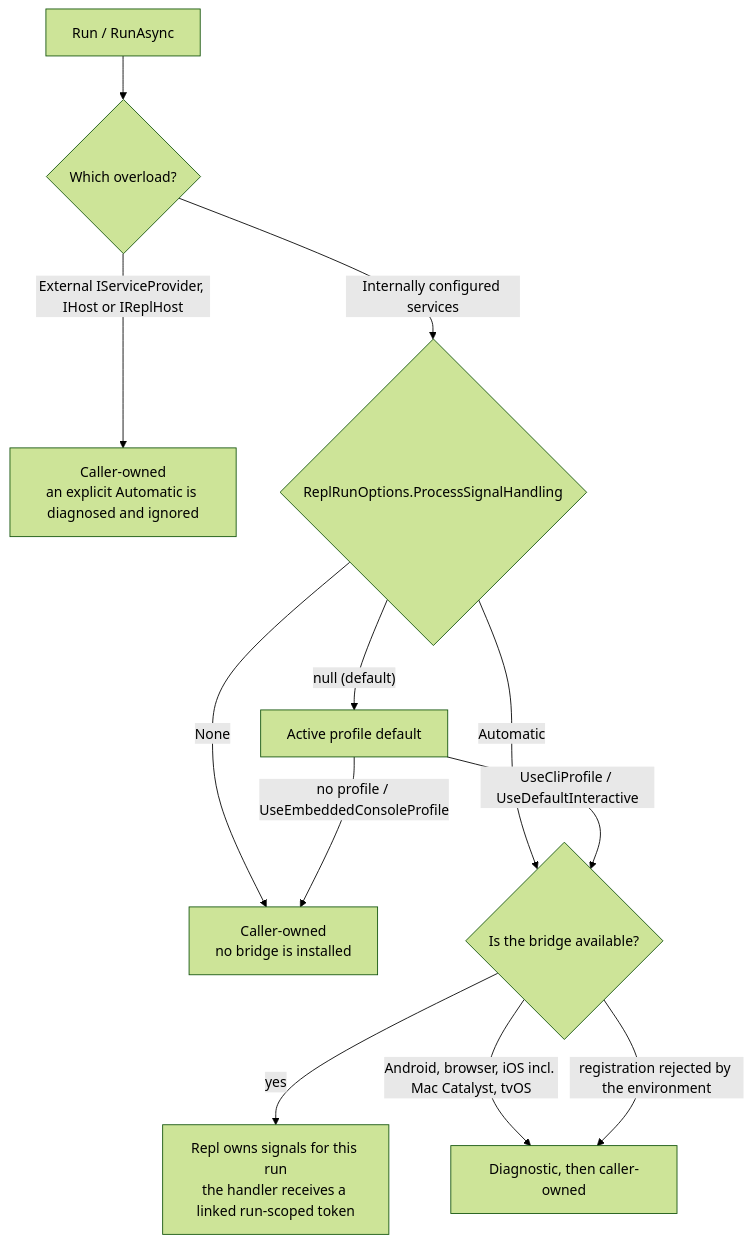
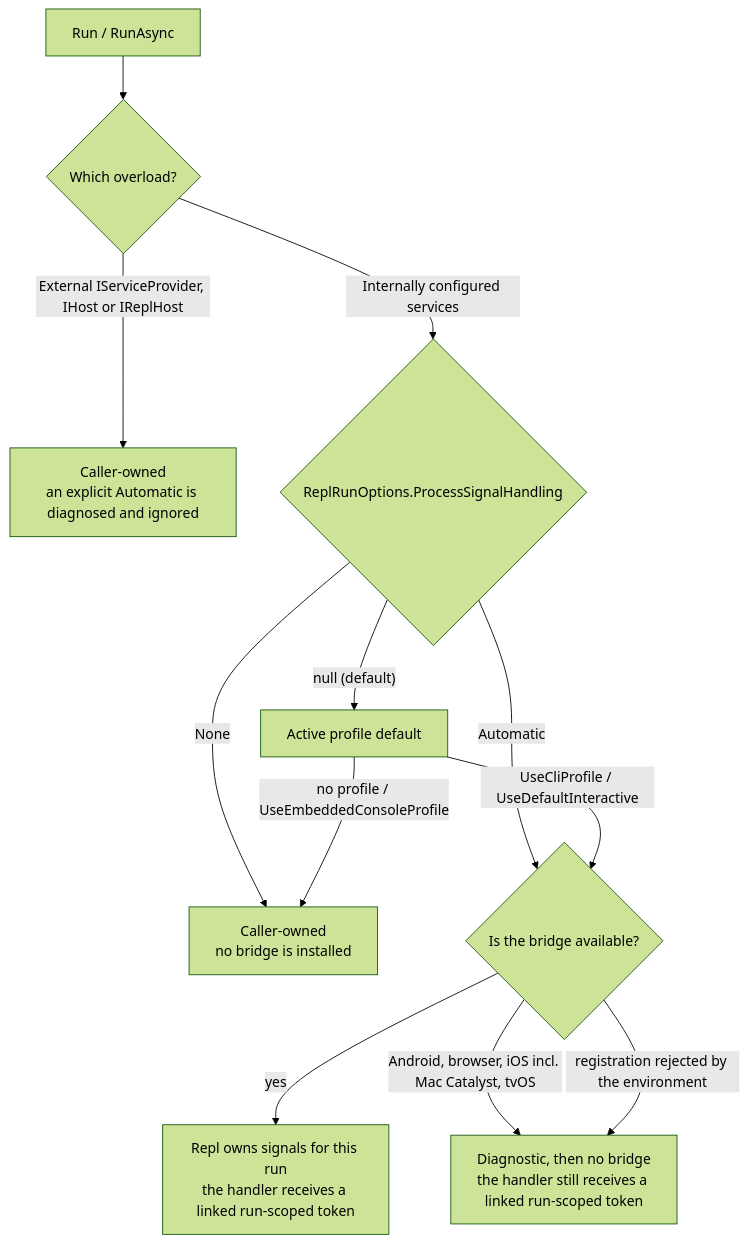
One commit to autocarl/repl changed the first of 3 diagrams in docs/configuration-reference.md. Above: the diagram before and after it, drawn with Mermaid (forest theme). The commit also changed other lines of this file and 9 other files, not shown here.

````diff
--- a/docs/configuration-reference.md
+++ b/docs/configuration-reference.md
@@ -215,14 +215,14 @@
 ```mermaid
 flowchart TD
     A["Run / RunAsync"] --> B{"Which overload?"}
     B -->|"External IServiceProvider, IHost or IReplHost"| C["Caller-owned<br/>an explicit Automatic is diagnosed and ignored"]
     B -->|"Internally configured services"| D{"ReplRunOptions.ProcessSignalHandling"}
     D -->|"None"| E["Caller-owned<br/>no bridge is installed"]
     D -->|"Automatic"| G{"Is the bridge available?"}
     D -->|"null (default)"| F["Active profile default"]
     F -->|"UseCliProfile / UseDefaultInteractive"| G
     F -->|"no profile / UseEmbeddedConsoleProfile"| E
     G -->|"yes"| H["Repl owns signals for this run<br/>the handler receives a linked run-scoped token"]
-    G -->|"Android, browser, iOS incl. Mac Catalyst, tvOS"| I["Diagnostic, then caller-owned"]
+    G -->|"Android, browser, iOS incl. Mac Catalyst, tvOS"| I["Diagnostic, then no bridge<br/>the handler still receives a linked run-scoped token"]
     G -->|"registration rejected by the environment"| I
 ```
````
